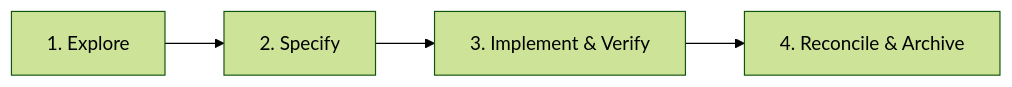
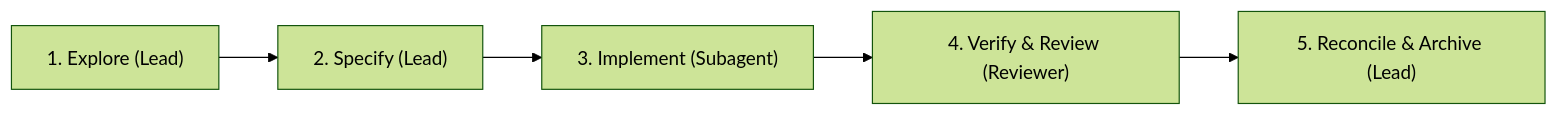
The diagram in specs/sdd-guidelines.md (mhcfa/f8), drawn with Mermaid (forest theme) before and after one commit. The commit also changed other lines of this file and 5 other files, not shown here.

````diff
--- a/specs/sdd-guidelines.md
+++ b/specs/sdd-guidelines.md
@@ -15,6 +18,7 @@
 ```mermaid
 flowchart LR
-    A["1. Explore"] --> B["2. Specify"]
-    B --> C["3. Implement & Verify"]
-    C --> D["4. Reconcile & Archive"]
+    A["1. Explore (Lead)"] --> B["2. Specify (Lead)"]
+    B --> C["3. Implement (Subagent)"]
+    C --> D["4. Verify & Review (Reviewer)"]
+    D --> E["5. Reconcile & Archive (Lead)"]
 ```
````
